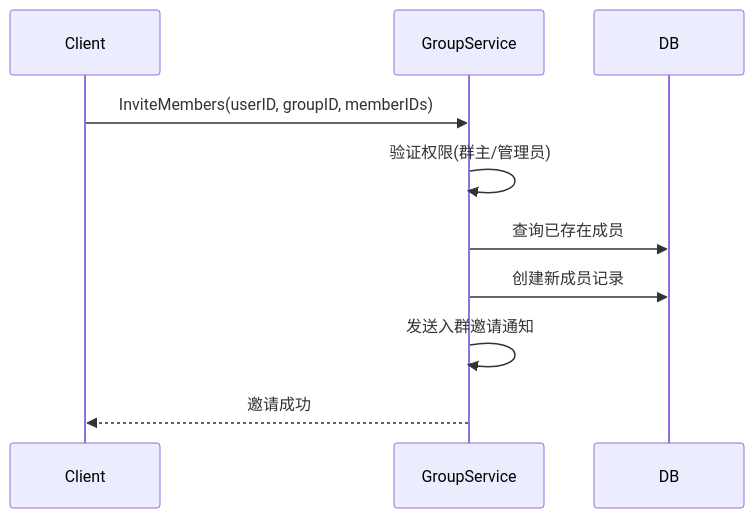
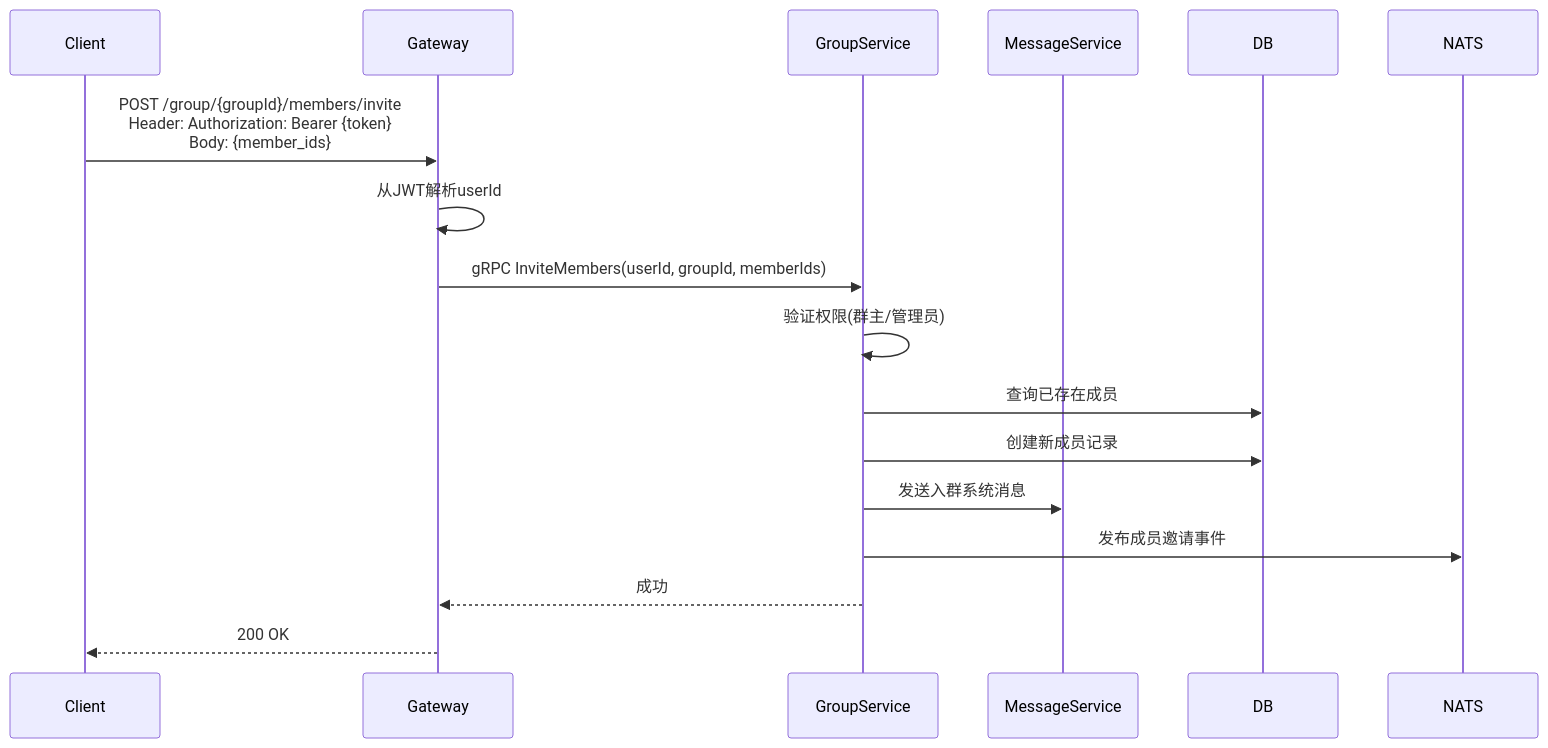
The first of 4 diagrams in docs/design/group/member.md (yzhgit/anychat-server), drawn with Mermaid before and after one commit. The commit also changed other lines of this file and 30 other files, not shown here.

First line of the commit message:
docs: 更新设计文档时序图，添加Gateway和NATS参与者

````diff
--- a/docs/design/group/member.md
+++ b/docs/design/group/member.md
@@ -20,13 +20,20 @@
 ```mermaid
 sequenceDiagram
     participant Client
+    participant Gateway
     participant GroupService
+    participant MessageService
     participant DB
+    participant NATS
 
-    Client->>GroupService: InviteMembers(userID, groupID, memberIDs)
+    Client->>Gateway: POST /group/{groupId}/members/invite<br/>Header: Authorization: Bearer {token}<br/>Body: {member_ids}
+    Gateway->>Gateway: 从JWT解析userId
+    Gateway->>GroupService: gRPC InviteMembers(userId, groupId, memberIds)
     GroupService->>GroupService: 验证权限(群主/管理员)
     GroupService->>DB: 查询已存在成员
     GroupService->>DB: 创建新成员记录
-    GroupService->>GroupService: 发送入群邀请通知
-    GroupService-->>Client: 邀请成功
+    GroupService->>MessageService: 发送入群系统消息
+    GroupService->>NATS: 发布成员邀请事件
+    GroupService-->>Gateway: 成功
+    Gateway-->>Client: 200 OK
 ```
````
